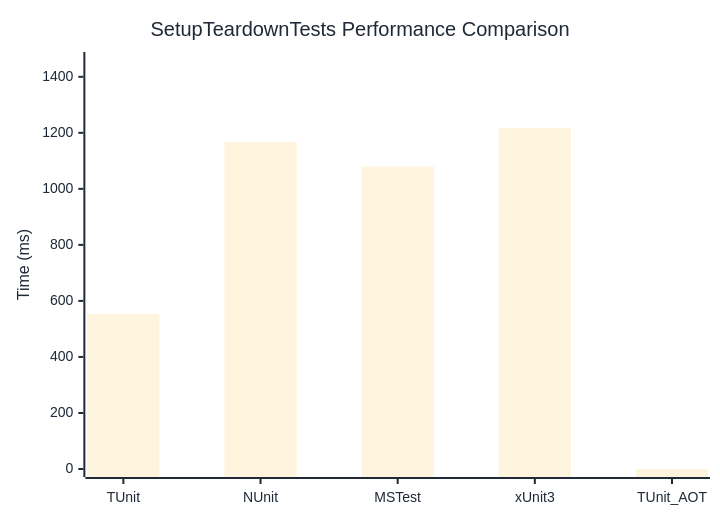
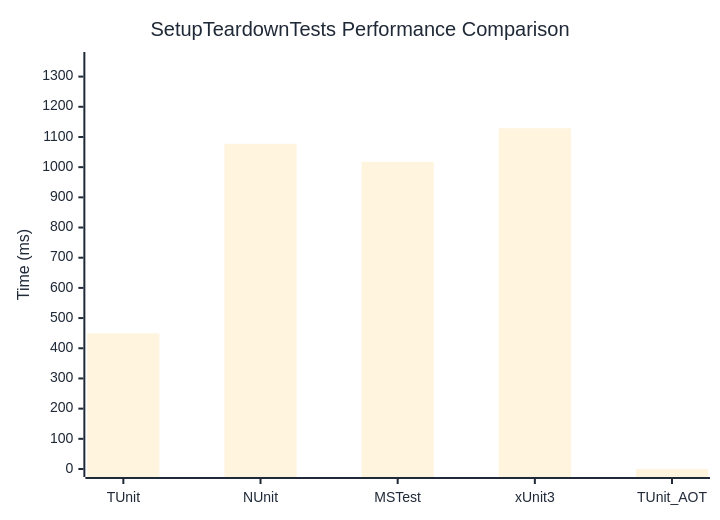
The diagram in docs/docs/benchmarks/SetupTeardownTests.md (thomhurst/TUnit), drawn with Mermaid before and after one commit. The commit also changed other lines of this file and 17 other files, not shown here.

````diff
--- a/docs/docs/benchmarks/SetupTeardownTests.md
+++ b/docs/docs/benchmarks/SetupTeardownTests.md
@@ -27,37 +27,37 @@
 ```mermaid
 %%{init: {
   'theme':'base',
   'themeVariables': {
     'primaryColor': '#2563eb',
     'primaryTextColor': '#1f2937',
     'primaryBorderColor': '#1e40af',
     'lineColor': '#6b7280',
     'secondaryColor': '#7c3aed',
     'tertiaryColor': '#dc2626',
     'background': '#ffffff',
     'mainBkg': '#2563eb',
     'secondBkg': '#7c3aed',
     'tertiaryBkg': '#dc2626',
     'clusterBkg': '#f3f4f6',
     'edgeLabelBackground': '#ffffff',
     'tertiaryTextColor': '#1f2937',
     'pie1': '#2563eb',
     'pie2': '#7c3aed',
     'pie3': '#dc2626',
     'pie4': '#f59e0b',
     'pie5': '#10b981',
     'pie6': '#06b6d4',
     'pie7': '#ec4899',
     'pie8': '#6366f1',
     'pie9': '#84cc16',
     'pie10': '#f97316',
     'pie11': '#14b8a6',
     'pie12': '#a855f7'
   }
 }}%%
 xychart-beta
   title "SetupTeardownTests Performance Comparison"
   x-axis ["TUnit", "NUnit", "MSTest", "xUnit3", "TUnit_AOT"]
-  y-axis "Time (ms)" 0 --> 1460
-  bar [552.9, 1167.8, 1079.6, 1216.1, 0]
+  y-axis "Time (ms)" 0 --> 1355
+  bar [449.3, 1077.3, 1017.6, 1128.8, 0]
 ```
````
